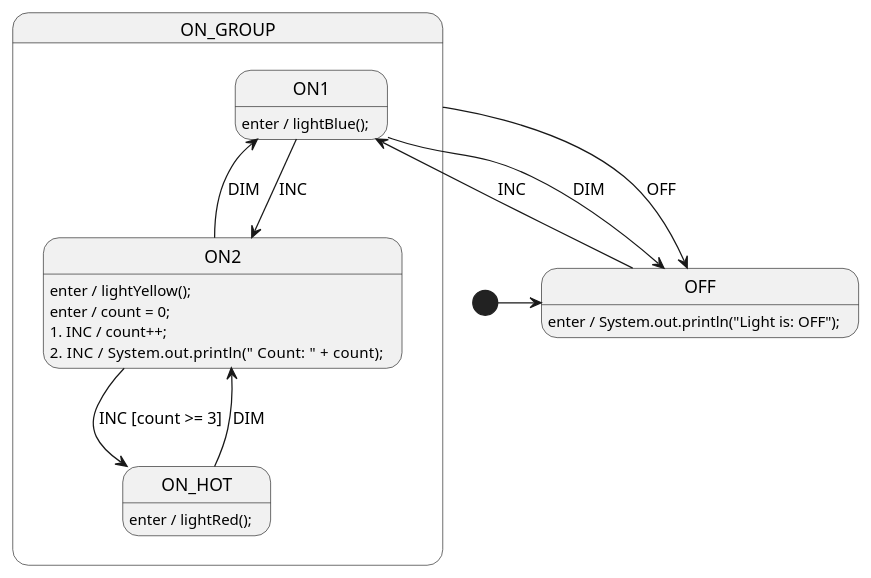
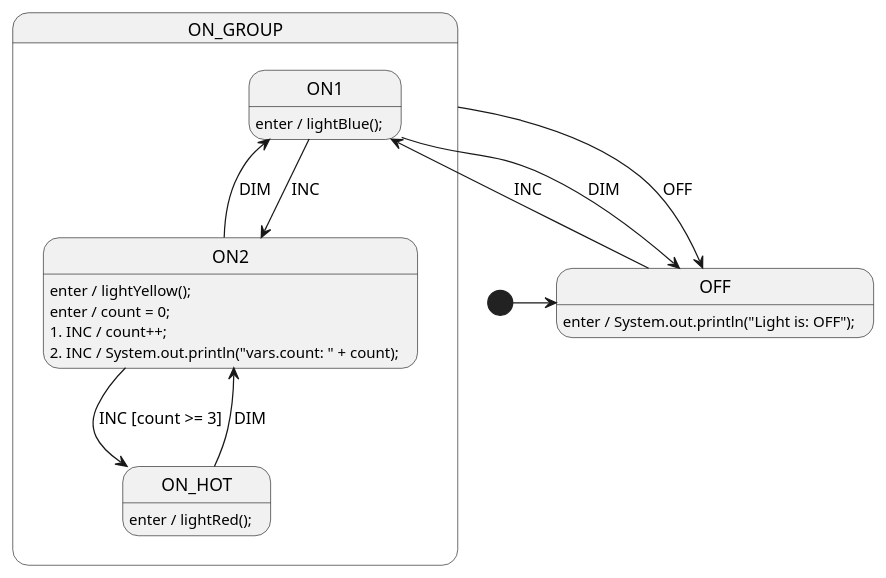
One commit to StateSmith/tutorial-3 changed the diagram in lesson-4/java/my_light_package/LightSm.plantuml. Above: the diagram before and after it, drawn with PlantUML. The commit also changed 4 other files, not shown here.

```diff
--- a/lesson-4/java/my_light_package/LightSm.plantuml
+++ b/lesson-4/java/my_light_package/LightSm.plantuml
@@ -1,55 +1,55 @@
 @startuml LightSm
 
 ' //////////////////////// STATE ORGANIZATION ///////////////////////
 ' Note: StateSmith treats state names and events as case insensitive.
 ' More info: https://github.com/StateSmith/StateSmith/wiki/PlantUML
 
 state OFF
 state ON_GROUP {
     state ON1
     state ON2
     state ON_HOT
 }
 
 [*] -> OFF
 
 ' ///////////////////////// STATE HANDLERS /////////////////////////
 ' Syntax: https://github.com/StateSmith/StateSmith/wiki/Behaviors
 
 OFF: enter / System.out.println("Light is: OFF");
 OFF --> ON1: INC
 
 ON_GROUP --> OFF : OFF
 
 ON1: enter / lightBlue();
 ON1 --> ON2: INC
 ON1 --> OFF: DIM
 
 ON2: enter / lightYellow();
 ON2: enter / count = 0;
 ON2: 1. INC / count++;
-ON2: 2. INC / System.out.println("    Count: " + count);
+ON2: 2. INC / System.out.println("vars.count: " + count);
 ON2 --> ON_HOT: INC [count >= 3]
 ON2 --> ON1: DIM
 
 ON_HOT: enter / lightRed();
 ON_HOT --> ON2: DIM
 
 
 ' //////////////////////// StateSmith config ////////////////////////
 ' The below special comment block sets the StateSmith configuration.
 ' More info: https://github.com/StateSmith/StateSmith/issues/335
 
 /'! $CONFIG : toml
 SmRunnerSettings.transpilerId = "Java"
 
 [RenderConfig.Java]
 Package = "my_light_package"
 Imports = """
     // place for user imports
     """
 Extends = "LightSmBase"
 # Implements
 
 '/
 @enduml
```
